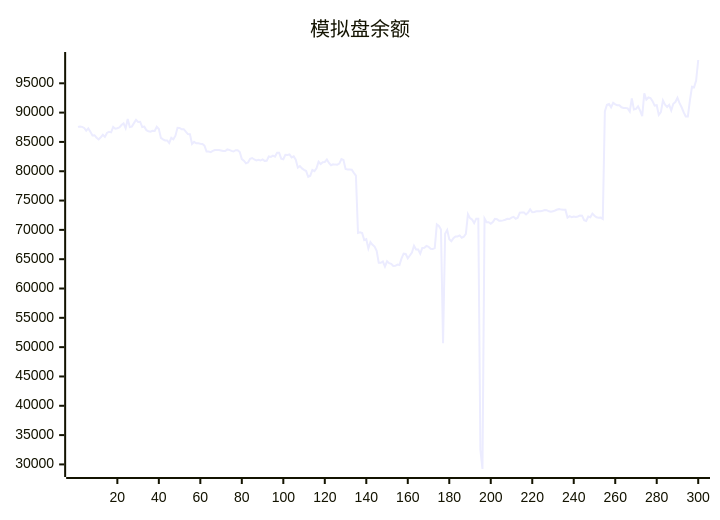
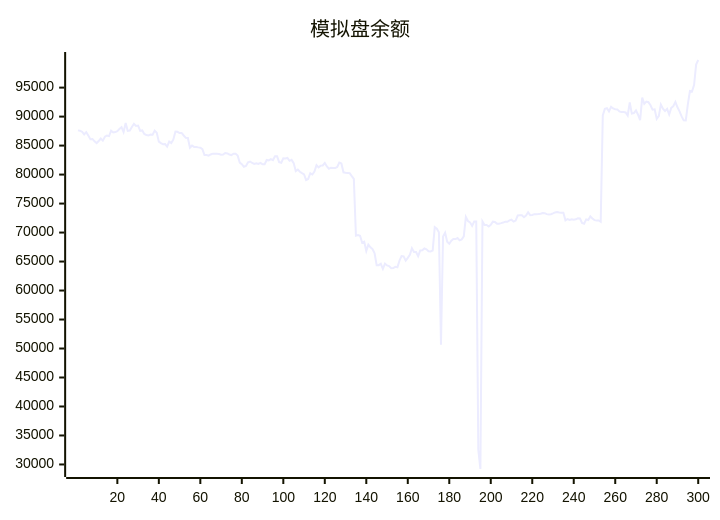
One commit to aahl/ai-trading changed the diagram in README.md. Above: the diagram before and after it, drawn with Mermaid. The commit also changed other lines of this file and 1 other file, not shown here.

````diff
--- a/README.md
+++ b/README.md
@@ -5,5 +5,5 @@
 ```mermaid
 xychart
     title "模拟盘余额"
-    line [87567,87625,87568,87386,86920,87313,86737,86094,86143,85725,85437,85787,86219,85859,86526,86740,86630,87563,87264,87335,87483,87886,88180,87335,88894,87544,87608,88207,88755,88401,88444,87543,87608,87000,86810,86740,86894,86884,87576,87209,85686,85435,85251,85255,84820,85689,85453,86066,87420,87373,87161,87178,86740,86341,86315,84643,85012,84772,84768,84690,84635,84376,83360,83357,83259,83474,83608,83606,83602,83548,83440,83454,83724,83644,83464,83365,83590,83592,83275,82072,81806,81344,81492,82109,82254,82006,81848,81955,81829,82022,81769,81776,82522,82441,82656,82498,83144,83144,82150,82038,82797,82763,82872,82367,82536,81981,80612,80862,80484,80242,80034,79063,79245,80226,80016,80507,81625,81233,81544,81578,82016,81401,81019,81186,81130,81118,81306,82066,81909,80392,80304,80291,80258,79729,79261,69466,69579,69456,68251,68415,66832,67911,67462,67144,66432,64380,64375,64606,63740,64647,64324,64216,63842,63877,64078,64008,65156,65945,65888,65157,65625,66144,67284,66653,66639,65924,66925,66956,67263,67108,66766,66729,66886,70927,70673,70049,50652,69334,69973,68400,68061,68578,68876,68879,69055,68662,68822,69329,72687,71999,71760,71162,71911,71896,32500,29218,71927,71297,71305,71044,71337,71883,71822,71536,71536,71622,71723,71880,71860,72100,72216,71887,72077,72940,72976,72966,72638,72948,73497,73004,73041,73173,73160,73186,73258,73375,73351,73173,73098,73161,73305,73474,73536,73457,73413,73412,72100,72333,72164,72272,72204,72285,72461,72421,71652,71521,72267,72157,72774,72424,72144,72060,72091,71858,90185,91338,91466,90900,91678,91404,91268,91244,90903,90779,90787,90721,90187,92429,90518,90619,91070,90328,89376,93286,92202,92581,92485,91947,91196,91259,89619,90086,92063,91355,90950,91327,90373,91498,91800,92531,91603,90910,90031,89351,89334,92097,94406,94315,95455,98972]
+    line [87625,87568,87386,86920,87313,86737,86094,86143,85725,85437,85787,86219,85859,86526,86740,86630,87563,87264,87335,87483,87886,88180,87335,88894,87544,87608,88207,88755,88401,88444,87543,87608,87000,86810,86740,86894,86884,87576,87209,85686,85435,85251,85255,84820,85689,85453,86066,87420,87373,87161,87178,86740,86341,86315,84643,85012,84772,84768,84690,84635,84376,83360,83357,83259,83474,83608,83606,83602,83548,83440,83454,83724,83644,83464,83365,83590,83592,83275,82072,81806,81344,81492,82109,82254,82006,81848,81955,81829,82022,81769,81776,82522,82441,82656,82498,83144,83144,82150,82038,82797,82763,82872,82367,82536,81981,80612,80862,80484,80242,80034,79063,79245,80226,80016,80507,81625,81233,81544,81578,82016,81401,81019,81186,81130,81118,81306,82066,81909,80392,80304,80291,80258,79729,79261,69466,69579,69456,68251,68415,66832,67911,67462,67144,66432,64380,64375,64606,63740,64647,64324,64216,63842,63877,64078,64008,65156,65945,65888,65157,65625,66144,67284,66653,66639,65924,66925,66956,67263,67108,66766,66729,66886,70927,70673,70049,50652,69334,69973,68400,68061,68578,68876,68879,69055,68662,68822,69329,72687,71999,71760,71162,71911,71896,32500,29218,71927,71297,71305,71044,71337,71883,71822,71536,71536,71622,71723,71880,71860,72100,72216,71887,72077,72940,72976,72966,72638,72948,73497,73004,73041,73173,73160,73186,73258,73375,73351,73173,73098,73161,73305,73474,73536,73457,73413,73412,72100,72333,72164,72272,72204,72285,72461,72421,71652,71521,72267,72157,72774,72424,72144,72060,72091,71858,90185,91338,91466,90900,91678,91404,91268,91244,90903,90779,90787,90721,90187,92429,90518,90619,91070,90328,89376,93286,92202,92581,92485,91947,91196,91259,89619,90086,92063,91355,90950,91327,90373,91498,91800,92531,91603,90910,90031,89351,89334,92097,94406,94315,95455,98972,99763]
 ```
````
